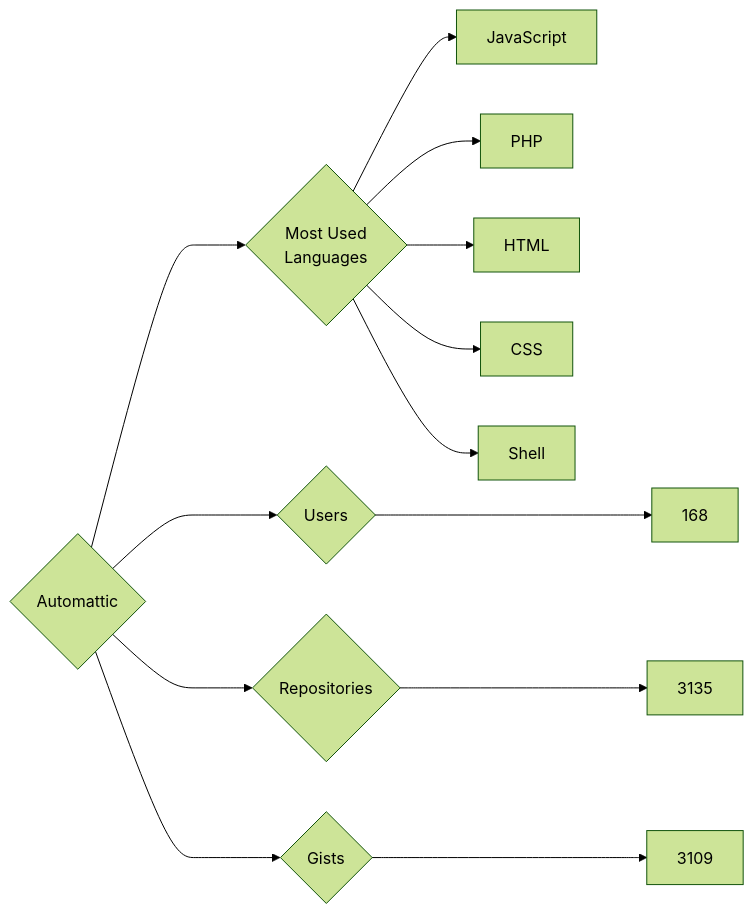
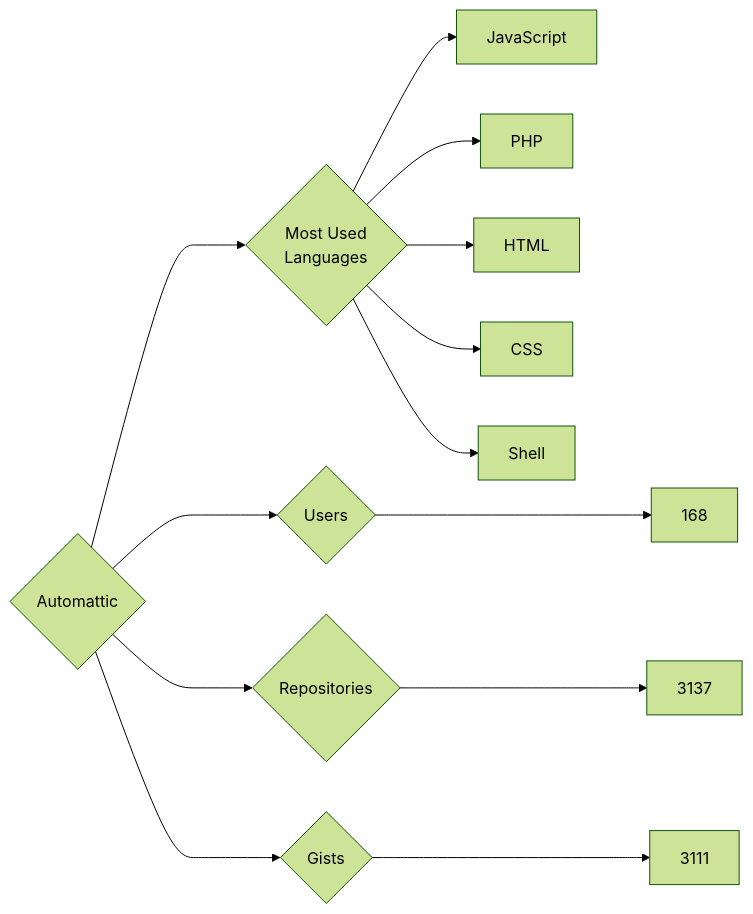
Before and after one commit to trickest/insiders: the diagram in targets/Automattic/README.md, drawn with Mermaid (forest theme). The commit also changed 870 other files, not shown here.

````diff
--- a/targets/Automattic/README.md
+++ b/targets/Automattic/README.md
@@ -3,13 +3,13 @@
 ```mermaid
 graph LR
 COMPANY_NAME{Automattic}
 COMPANY_NAME ---> U{Users} ---> UN[168]
-COMPANY_NAME ---> R{Repositories} ---> RN[3135]
-COMPANY_NAME ---> G{Gists} ---> GN[3109]
+COMPANY_NAME ---> R{Repositories} ---> RN[3137]
+COMPANY_NAME ---> G{Gists} ---> GN[3111]
 COMPANY_NAME ---> ML{Most Used<br>Languages}
 ML --> JavaScript[JavaScript]
 ML --> PHP[PHP]
 ML --> HTML[HTML]
 ML --> CSS[CSS]
 ML --> Shell[Shell]
 ```
````
